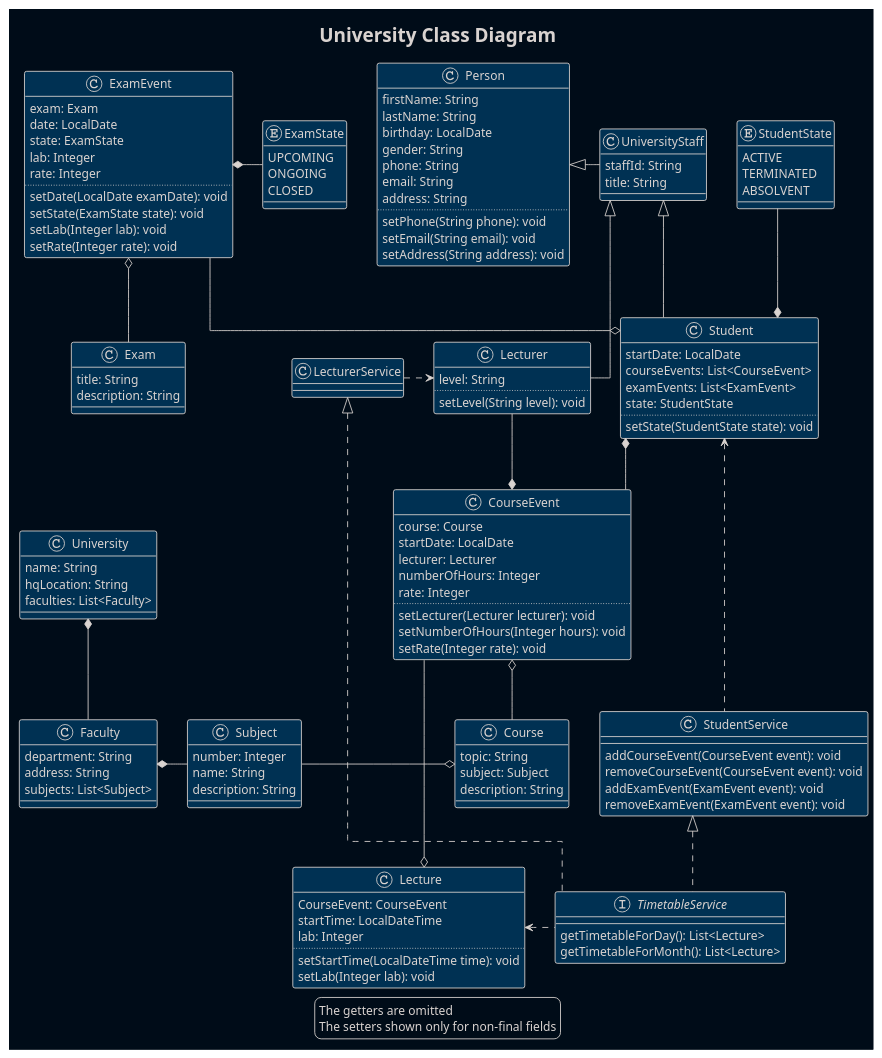
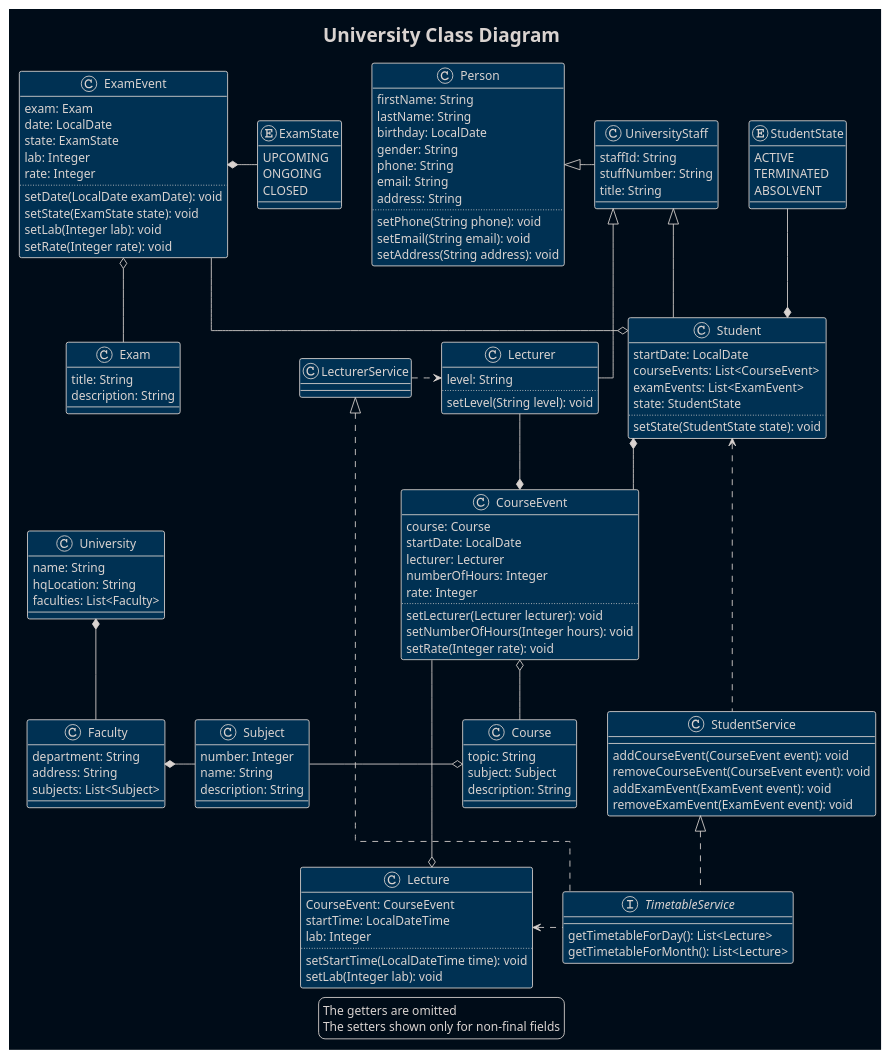
The diagram in src/main/resources/diagrams/University.puml (RomaEcho/University), drawn with PlantUML before and after one commit. The commit also changed 1 other file, not shown here.

```diff
--- a/src/main/resources/diagrams/University.puml
+++ b/src/main/resources/diagrams/University.puml
@@ -1,141 +1,142 @@
 @startuml
 '!theme plain
 !theme blueprint
 skinparam BackgroundColor #000c18
 'skinparam ClassBackgroundColor #000c18
 skinparam linetype ortho
 
 title University Class Diagram
 class Person{
     firstName: String
     lastName: String
     birthday: LocalDate
     gender: String
     phone: String
     email: String
     address: String
     ..
     setPhone(String phone): void
     setEmail(String email): void
     setAddress(String address): void
 }
 class Student{
     startDate: LocalDate
     courseEvents: List<CourseEvent>
     examEvents: List<ExamEvent>
     state: StudentState
     ..
     setState(StudentState state): void
 }
 enum StudentState{
     ACTIVE
     TERMINATED
     ABSOLVENT
 }
 class UniversityStaff{
     staffId: String
+    stuffNumber: String
     title: String
 }
 class Subject{
     number: Integer
     name: String
     description: String
 }
 class Course{
     topic: String
     subject: Subject
     description: String
 }
 class CourseEvent{
     course: Course
     startDate: LocalDate
     lecturer: Lecturer
     numberOfHours: Integer
     rate: Integer
     ..
     setLecturer(Lecturer lecturer): void
     setNumberOfHours(Integer hours): void
     setRate(Integer rate): void
 }
 class Lecturer{
     level: String
     ..
     setLevel(String level): void
 }
 class Exam{
     title: String
     description: String
 }
 class ExamEvent{
     exam: Exam
     date: LocalDate
     state: ExamState
     lab: Integer
     rate: Integer
     ..
     setDate(LocalDate examDate): void
     setState(ExamState state): void
     setLab(Integer lab): void
     setRate(Integer rate): void
 }
 enum ExamState{
     UPCOMING
     ONGOING
     CLOSED
 }
 class Faculty{
     department: String
     address: String
     subjects: List<Subject>
 }
 class University {
     name: String
     hqLocation: String
     faculties: List<Faculty>
 }
 class Lecture{
     CourseEvent: CourseEvent
     startTime: LocalDateTime
     lab: Integer
     ..
     setStartTime(LocalDateTime time): void
     setLab(Integer lab): void
 }
 interface TimetableService{
     getTimetableForDay(): List<Lecture>
     getTimetableForMonth(): List<Lecture>
 }
 class StudentService {
     addCourseEvent(CourseEvent event): void
     removeCourseEvent(CourseEvent event): void
     addExamEvent(ExamEvent event): void
     removeExamEvent(ExamEvent event): void
 }
 class LecturerService
 
 Person <|-right- UniversityStaff
 UniversityStaff <|-- Student
 UniversityStaff <|-- Lecturer
 Student *-up- StudentState
 Student *-- CourseEvent
 CourseEvent *-up- Lecturer
 Student o-up- ExamEvent
 ExamEvent o-- Exam
 ExamEvent *-right- ExamState
 CourseEvent o-- Course
 Course o-left- Subject
 Faculty *- Subject
 University *-- Faculty
 Student <... StudentService
 StudentService <|.. TimetableService
 LecturerService <|.. TimetableService
 LecturerService .> Lecturer
 TimetableService .left.> Lecture
 CourseEvent --o Lecture
 
 legend
     The getters are omitted
     The setters shown only for non-final fields
 endlegend
 
 @enduml
```
